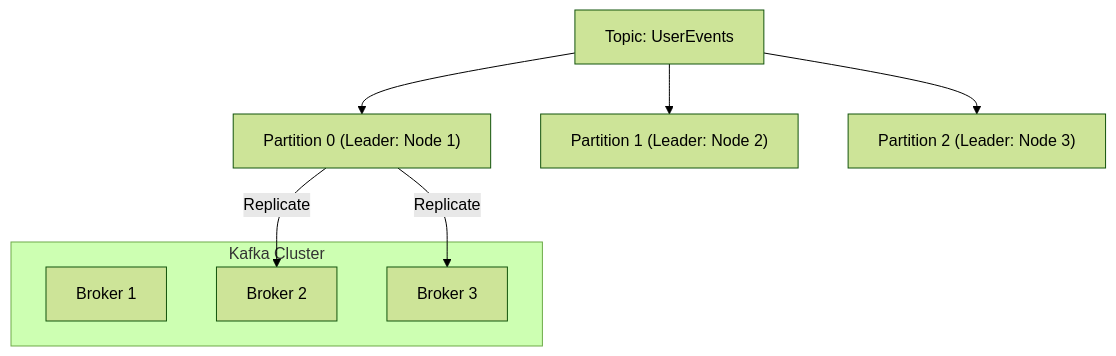
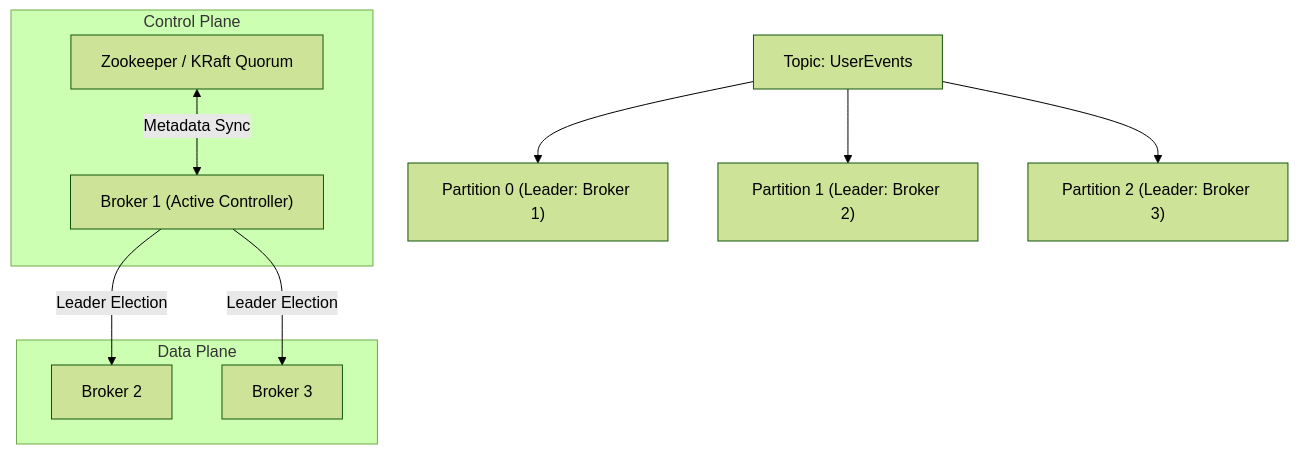
One commit to Anmol33/SystemDesign changed the first of 4 diagrams in Message Broker/03_Kafka.md. Above: the diagram before and after it, drawn with Mermaid (forest theme). The commit also changed other lines of this file, not shown here.

Commit message:
Docs(Kafka): Added Deep Dive on Controller, KRaft, and End-to-End Walkthrough

````diff
--- a/Message Broker/03_Kafka.md
+++ b/Message Broker/03_Kafka.md
@@ -14,15 +14,20 @@
 ```mermaid
 graph TD
-    subgraph "Kafka Cluster"
-        Node1[Broker 1]
+    subgraph CP["Control Plane"]
+        ZK[Zookeeper / KRaft Quorum]
+        Controller["Broker 1 (Active Controller)"]
+    end
+
+    subgraph DP["Data Plane"]
         Node2[Broker 2]
         Node3[Broker 3]
     end
 
-    Topic[Topic: UserEvents] --> P0["Partition 0 (Leader: Node 1)"]
-    Topic --> P1["Partition 1 (Leader: Node 2)"]
-    Topic --> P2["Partition 2 (Leader: Node 3)"]
+    ZK <-->|Metadata Sync| Controller
+    Controller -->|Leader Election| Node2
+    Controller -->|Leader Election| Node3
 
-    P0 -->|Replicate| Node2
-    P0 -->|Replicate| Node3
+    Topic[Topic: UserEvents] --> P0["Partition 0 (Leader: Broker 1)"]
+    Topic --> P1["Partition 1 (Leader: Broker 2)"]
+    Topic --> P2["Partition 2 (Leader: Broker 3)"]
 ```
````
